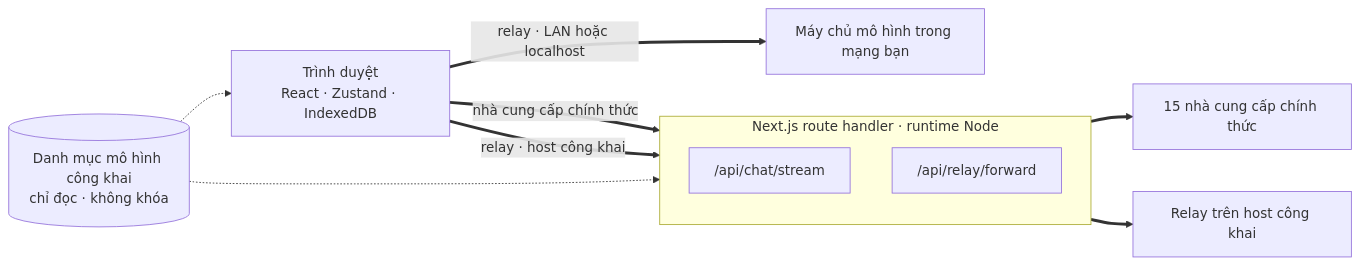
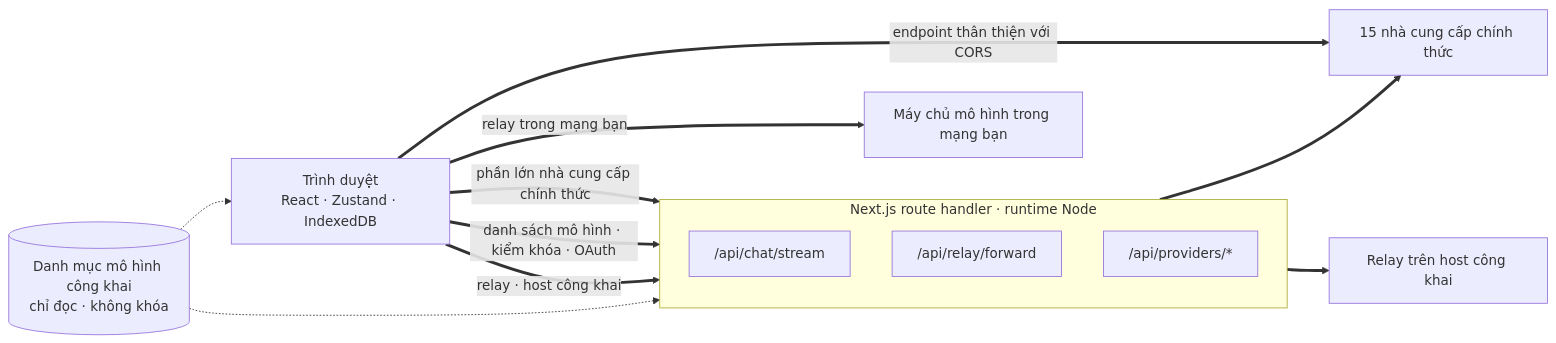
The first of 2 diagrams in readme_i18n/vi/web.md (oriveo/oriveo), drawn with Mermaid before and after one commit. The commit also changed other lines of this file and 62 other files, not shown here.

````diff
--- a/readme_i18n/vi/web.md
+++ b/readme_i18n/vi/web.md
@@ -61,21 +61,24 @@
 ```mermaid
 flowchart LR
     browser["Trình duyệt<br/>React · Zustand · IndexedDB"]
 
     subgraph server ["Next.js route handler · runtime Node"]
         direction TB
         chat["/api/chat/stream"]
         fwd["/api/relay/forward"]
+        prov["/api/providers/*"]
     end
 
     official["15 nhà cung cấp chính thức"]
     pubrelay["Relay trên host công khai"]
     lan["Máy chủ mô hình trong mạng bạn"]
     catalog[("Danh mục mô hình công khai<br/>chỉ đọc · không khóa")]
 
-    browser ==>|"nhà cung cấp chính thức"| chat ==> official
+    browser ==>|"phần lớn nhà cung cấp chính thức"| chat ==> official
+    browser ==>|"danh sách mô hình · kiểm khóa · OAuth"| prov
     browser ==>|"relay · host công khai"| fwd ==> pubrelay
-    browser ==>|"relay · LAN hoặc localhost"| lan
+    browser ==>|"relay trong mạng bạn"| lan
+    browser ==>|"endpoint thân thiện với CORS"| official
     catalog -.-> browser
     catalog -.-> chat
 ```
````
